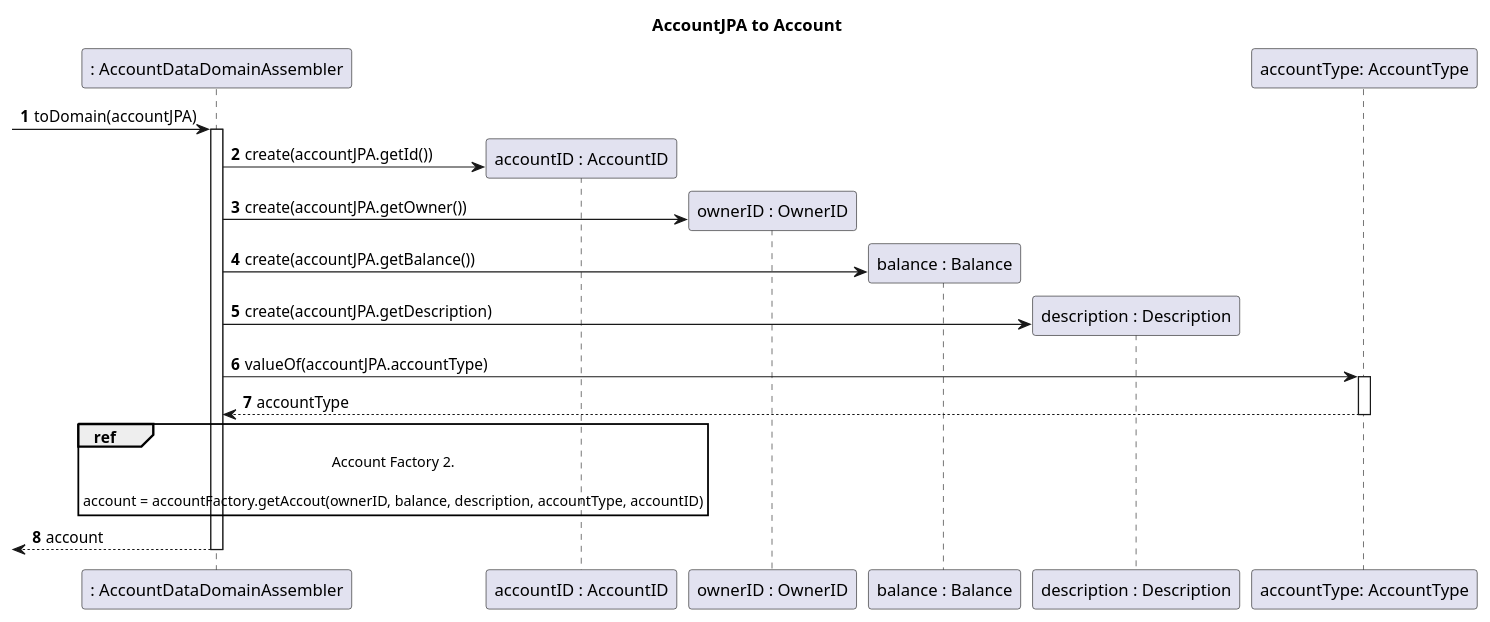
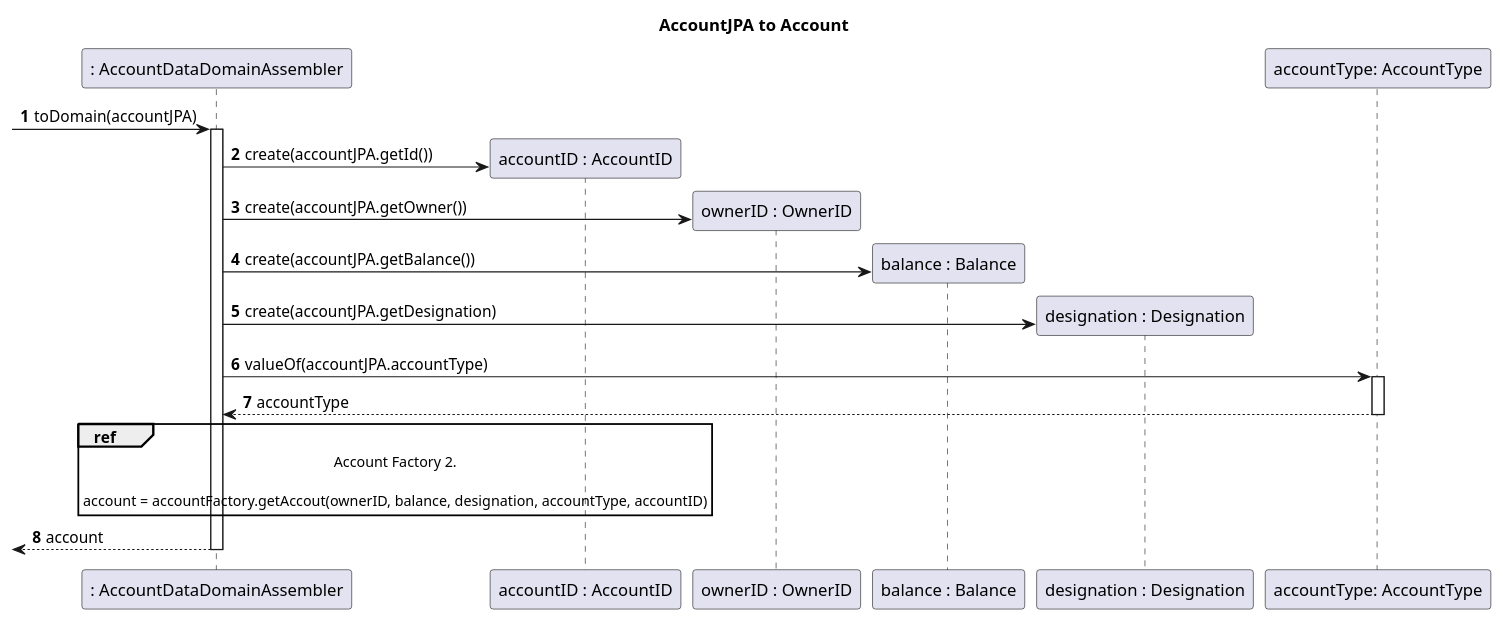
The fourth of 5 diagrams in docs/sprint5/user_stories/US170,171,172,173.md (tomas-osswald/switch_2020_g3), drawn with PlantUML before and after one commit. The commit also changed other lines of this file and 1 other file, not shown here.

Commit message:
update to documentation of account creation user stories

````diff
--- a/docs/sprint5/user_stories/US170,171,172,173.md
+++ b/docs/sprint5/user_stories/US170,171,172,173.md
@@ -303,35 +293,35 @@
 ```puml
 autonumber
 title AccountJPA to Account
 
 participant ": AccountDataDomainAssembler" as assembler
 participant "accountID : AccountID" as id
 participant "ownerID : OwnerID" as owner
 participant "balance : Balance" as balance
-participant "description : Description" as description
+participant "designation : Designation" as designation
 participant "accountType: AccountType" as type
 
 -> assembler : toDomain(accountJPA)
 activate assembler
 
 assembler -> id** : create(accountJPA.getId()) 
 
 assembler -> owner ** : create(accountJPA.getOwner())
 
 assembler -> balance ** : create(accountJPA.getBalance())
 
-assembler -> description ** : create(accountJPA.getDescription)
+assembler -> designation ** : create(accountJPA.getDesignation)
 
 assembler -> type : valueOf(accountJPA.accountType)
 activate type
 return accountType
 
 ref over assembler
 Account Factory 2.
 
-account = accountFactory.getAccout(ownerID, balance, description, accountType, accountID)
+account = accountFactory.getAccout(ownerID, balance, designation, accountType, accountID)
 end
 
 return account
 
 ```
````
